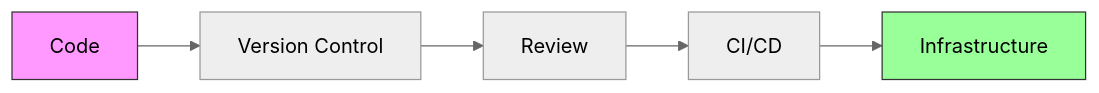
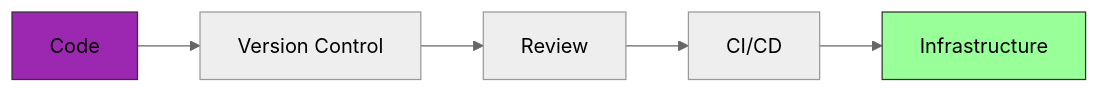
Before and after one commit to VBlackJack/ShellBook: the first of 2 diagrams in docs/formations/linux-mastery/19-iac.md, drawn with Mermaid (neutral theme). The commit also changed other lines of this file and 337 other files, not shown here.

First line of the commit message:
refactor(docs): Standardize code blocks and Mermaid colors

````diff
--- a/docs/formations/linux-mastery/19-iac.md
+++ b/docs/formations/linux-mastery/19-iac.md
@@ -34,10 +34,10 @@
 ```mermaid
 graph LR
     A[Code] --> B[Version Control]
     B --> C[Review]
     C --> D[CI/CD]
     D --> E[Infrastructure]
 
-    style A fill:#f9f,stroke:#333
+    style A fill:#9C27B0,stroke:#333
     style E fill:#9f9,stroke:#333
 ```
````
